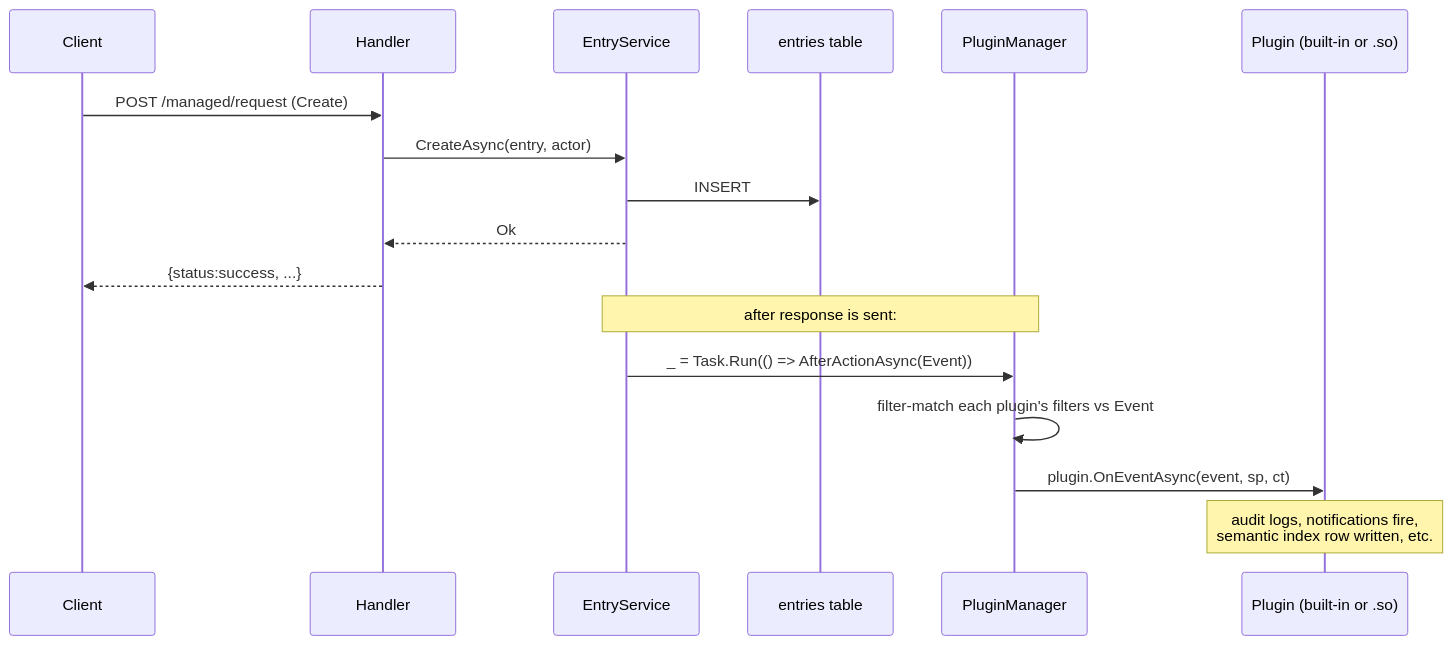
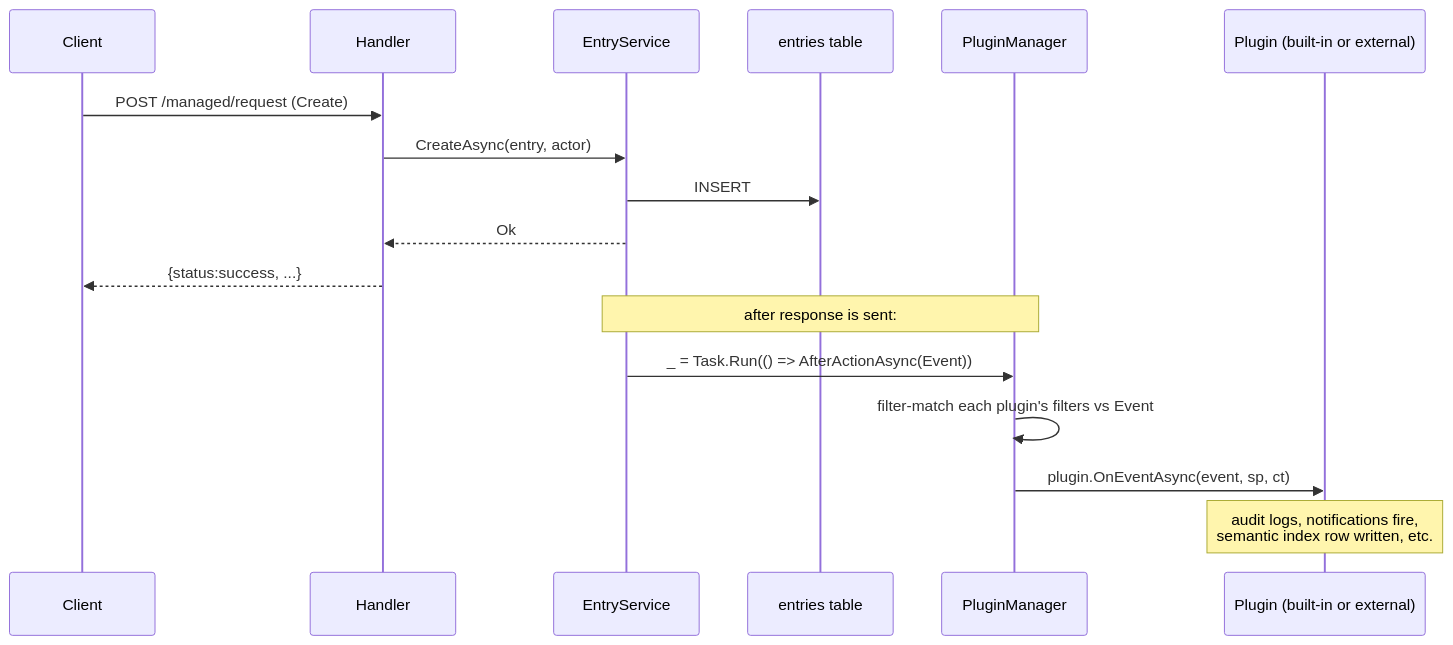
The second of 4 diagrams in docs/plugins-and-mcp.md (edraj/csdmart), drawn with Mermaid before and after one commit. The commit also changed other lines of this file and 56 other files, not shown here.

````diff
--- a/docs/plugins-and-mcp.md
+++ b/docs/plugins-and-mcp.md
@@ -105,20 +129,20 @@
 ```mermaid
 sequenceDiagram
     participant C as Client
     participant H as Handler
     participant ES as EntryService
     participant DB as entries table
     participant PM as PluginManager
-    participant P as Plugin (built-in or .so)
+    participant P as Plugin (built-in or external)
 
     C->>H: POST /managed/request (Create)
     H->>ES: CreateAsync(entry, actor)
     ES->>DB: INSERT
     ES-->>H: Ok
     H-->>C: {status:success, ...}
     Note over ES,PM: after response is sent:
     ES->>PM: _ = Task.Run(() => AfterActionAsync(Event))
     PM->>PM: filter-match each plugin's filters vs Event
     PM->>P: plugin.OnEventAsync(event, sp, ct)
     Note over P: audit logs, notifications fire,<br/>semantic index row written, etc.
 ```
````
